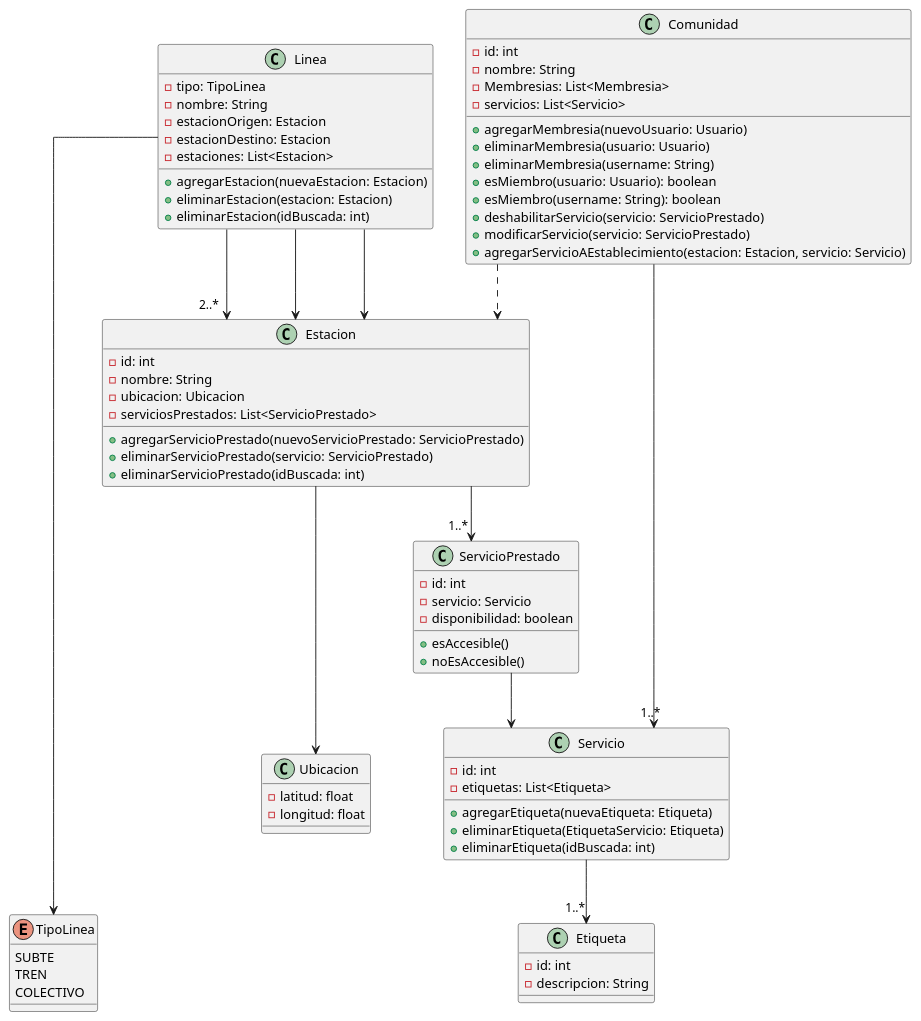
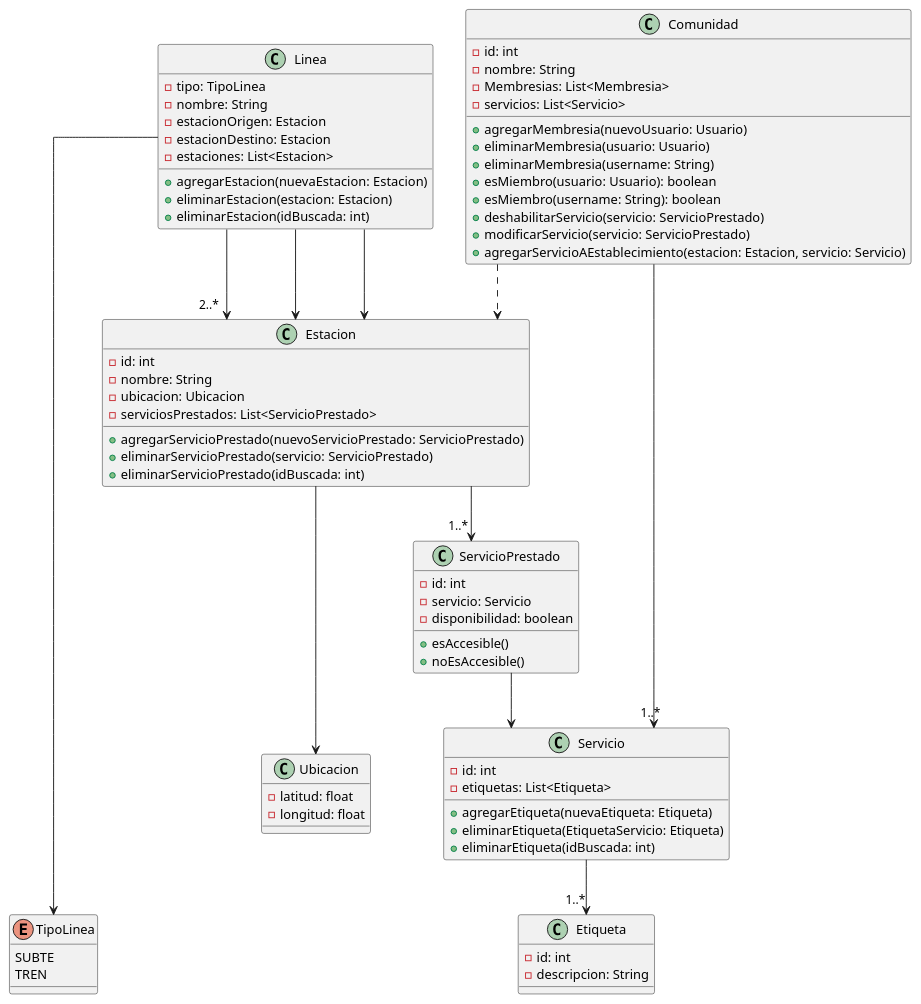
The diagram in dc/servicios.puml (mbertogliati/dds-tpa), drawn with PlantUML before and after one commit. The commit also changed 3 other files, not shown here.

```diff
--- a/dc/servicios.puml
+++ b/dc/servicios.puml
@@ -1,95 +1,94 @@
 @startuml
 skinparam linetype ortho
     class Comunidad{
     -id: int
     -nombre: String
     -Membresias: List<Membresia>
     -servicios: List<Servicio>
 
     +agregarMembresia(nuevoUsuario: Usuario)
     +eliminarMembresia(usuario: Usuario)
     +eliminarMembresia(username: String)
     +esMiembro(usuario: Usuario): boolean
     +esMiembro(username: String): boolean
     +deshabilitarServicio(servicio: ServicioPrestado)
     +modificarServicio(servicio: ServicioPrestado)
     +agregarServicioAEstablecimiento(estacion: Estacion, servicio: Servicio) 
     /'-------------- TODO cambiar de estacion a Establecimiento ---------------'/    
 }
 
     class Linea{
         - tipo: TipoLinea
         - nombre: String
         - estacionOrigen: Estacion
         - estacionDestino: Estacion
         - estaciones: List<Estacion>
         
         +agregarEstacion(nuevaEstacion: Estacion)
         +eliminarEstacion(estacion: Estacion)
         +eliminarEstacion(idBuscada: int)
     }
 
     enum TipoLinea {
         SUBTE
         TREN
-        COLECTIVO
     }
 
     class Estacion{
     - id: int
     - nombre: String
     - ubicacion: Ubicacion
     - serviciosPrestados: List<ServicioPrestado>
 
     + agregarServicioPrestado(nuevoServicioPrestado: ServicioPrestado)
     + eliminarServicioPrestado(servicio: ServicioPrestado)
     + eliminarServicioPrestado(idBuscada: int)
 
     }
     
     class ServicioPrestado{
         -id: int
         -servicio: Servicio
         -disponibilidad: boolean
 
         + esAccesible()
         + noEsAccesible()
     }
 
     class Servicio{
         - id: int
         - etiquetas: List<Etiqueta>
 
         +agregarEtiqueta(nuevaEtiqueta: Etiqueta)
         +eliminarEtiqueta(EtiquetaServicio: Etiqueta)
         +eliminarEtiqueta(idBuscada: int)
 
     }
 
     class Ubicacion{
         -latitud: float
         -longitud: float
     }
     
     class Etiqueta{
         -id: int
         -descripcion: String
     }
     
     /'ASOCIACION'/
 
     Linea --> "2..*" Estacion
     Linea --> Estacion 
     Linea --> Estacion
     Linea -----> TipoLinea
     Estacion ---> Ubicacion
 
     Estacion --> "1..*" ServicioPrestado
     
     ServicioPrestado --> Servicio
     Servicio --> "1..*" Etiqueta
 
     Comunidad --> "1..*" Servicio
     Comunidad ..> Estacion
 
 @enduml
```
